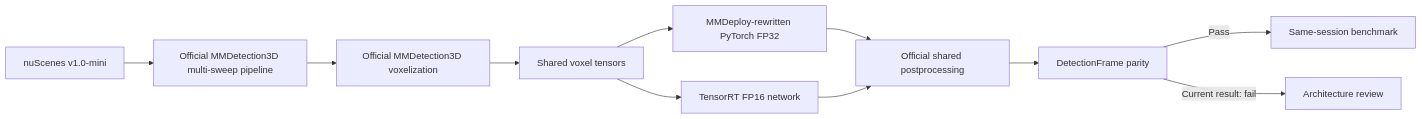
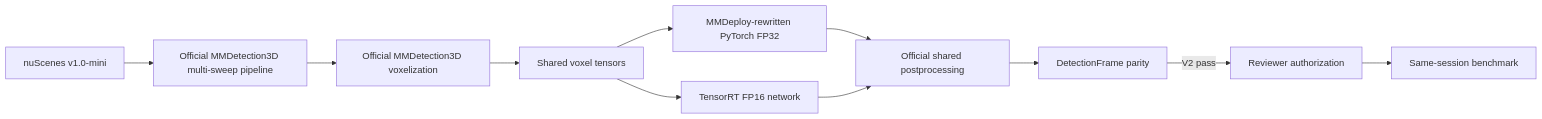
One commit to muhammadmahadazher/laserperception changed the diagram in README.md. Above: the diagram before and after it, drawn with Mermaid. The commit also changed other lines of this file and 8 other files, not shown here.

````diff
--- a/README.md
+++ b/README.md
@@ -59,13 +60,13 @@
 ```mermaid
 flowchart LR
     A["nuScenes v1.0-mini"] --> B["Official MMDetection3D multi-sweep pipeline"]
     B --> C["Official MMDetection3D voxelization"]
     C --> D["Shared voxel tensors"]
     D --> E["MMDeploy-rewritten PyTorch FP32"]
     D --> F["TensorRT FP16 network"]
     E --> G["Official shared postprocessing"]
     F --> G
     G --> H["DetectionFrame parity"]
-    H -->|"Pass"| I["Same-session benchmark"]
-    H -->|"Current result: fail"| J["Architecture review"]
+    H -->|"V2 pass"| I["Reviewer authorization"]
+    I --> J["Same-session benchmark"]
 ```
````
